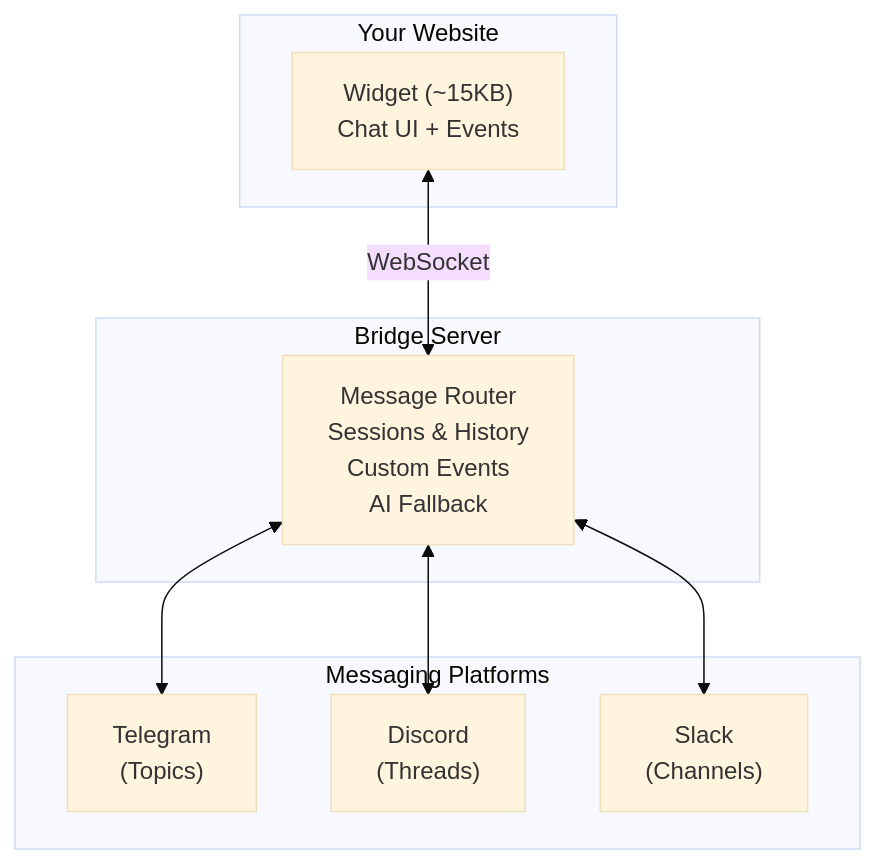
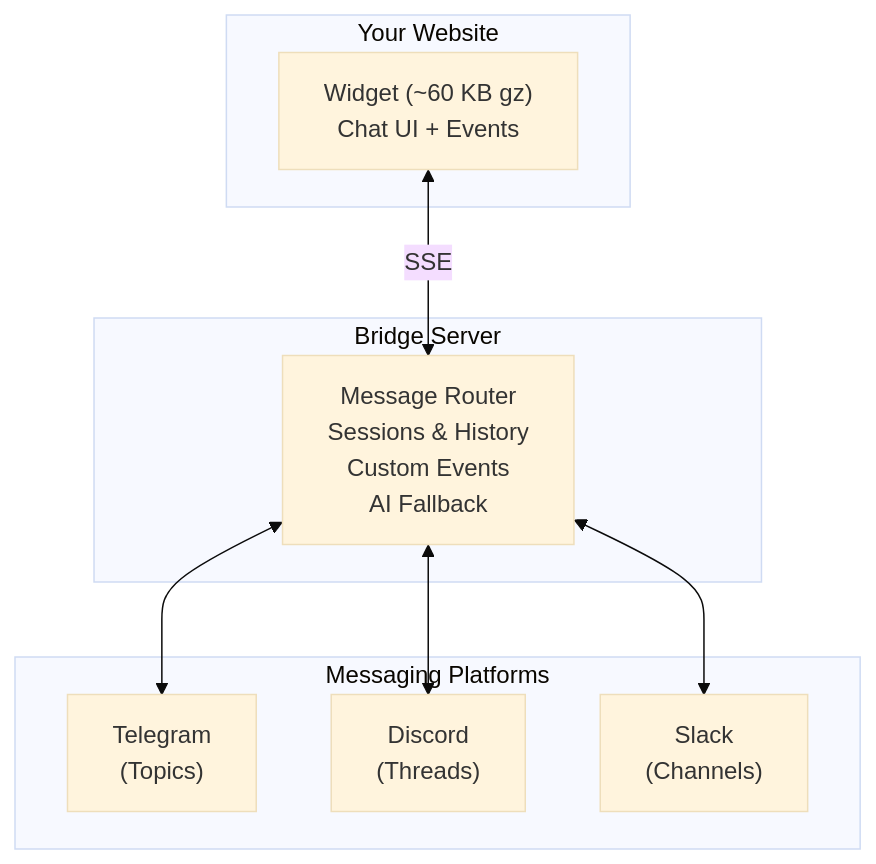
The first of 10 diagrams in docs-site/docs/concepts.md (Ruwad-io/pocketping), drawn with Mermaid (base theme) before and after one commit. The commit also changed other lines of this file and 26 other files, not shown here.

````diff
--- a/docs-site/docs/concepts.md
+++ b/docs-site/docs/concepts.md
@@ -17,21 +17,21 @@
 ```mermaid
 flowchart TB
     subgraph website["Your Website"]
-        widget["Widget (~15KB)<br/>Chat UI + Events"]
+        widget["Widget (~60 KB gz)<br/>Chat UI + Events"]
     end
 
     subgraph bridge["Bridge Server"]
         router["Message Router<br/>Sessions & History<br/>Custom Events<br/>AI Fallback"]
     end
 
     subgraph platforms["Messaging Platforms"]
         tg["Telegram<br/>(Topics)"]
         dc["Discord<br/>(Threads)"]
         sl["Slack<br/>(Channels)"]
     end
 
-    widget <-->|WebSocket| router
+    widget <-->|SSE| router
     router <--> tg
     router <--> dc
     router <--> sl
 ```
````
